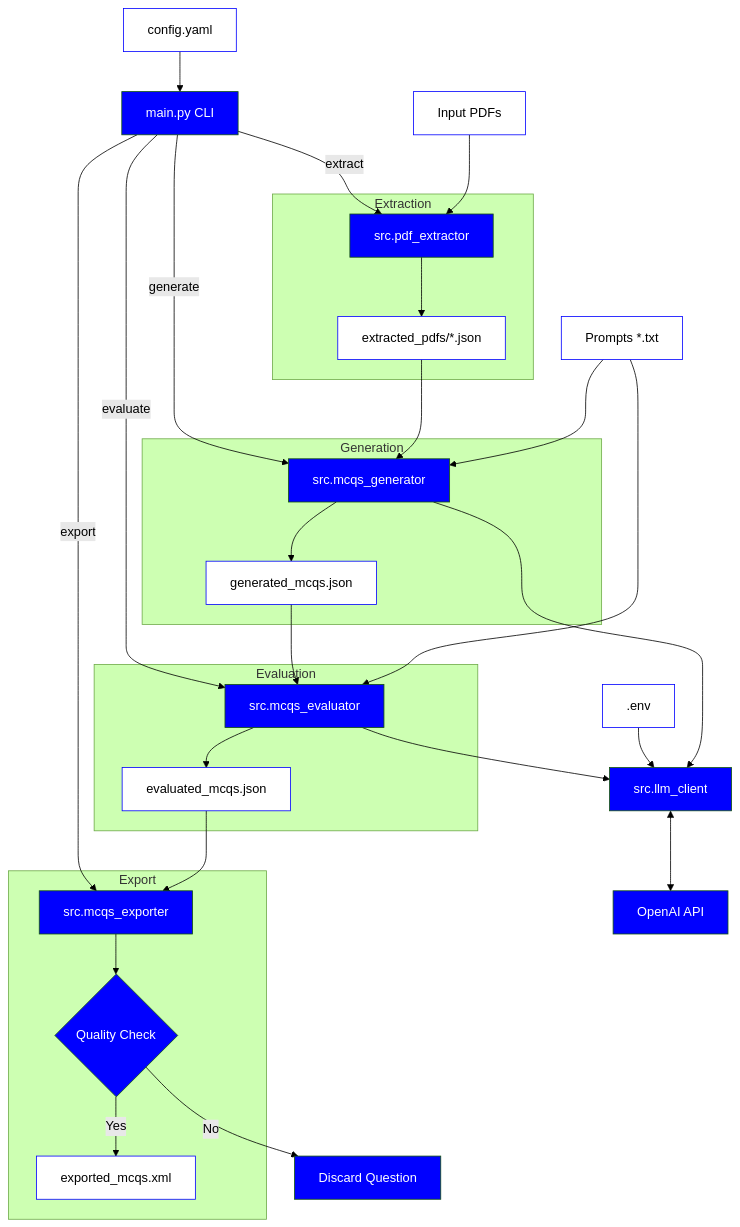
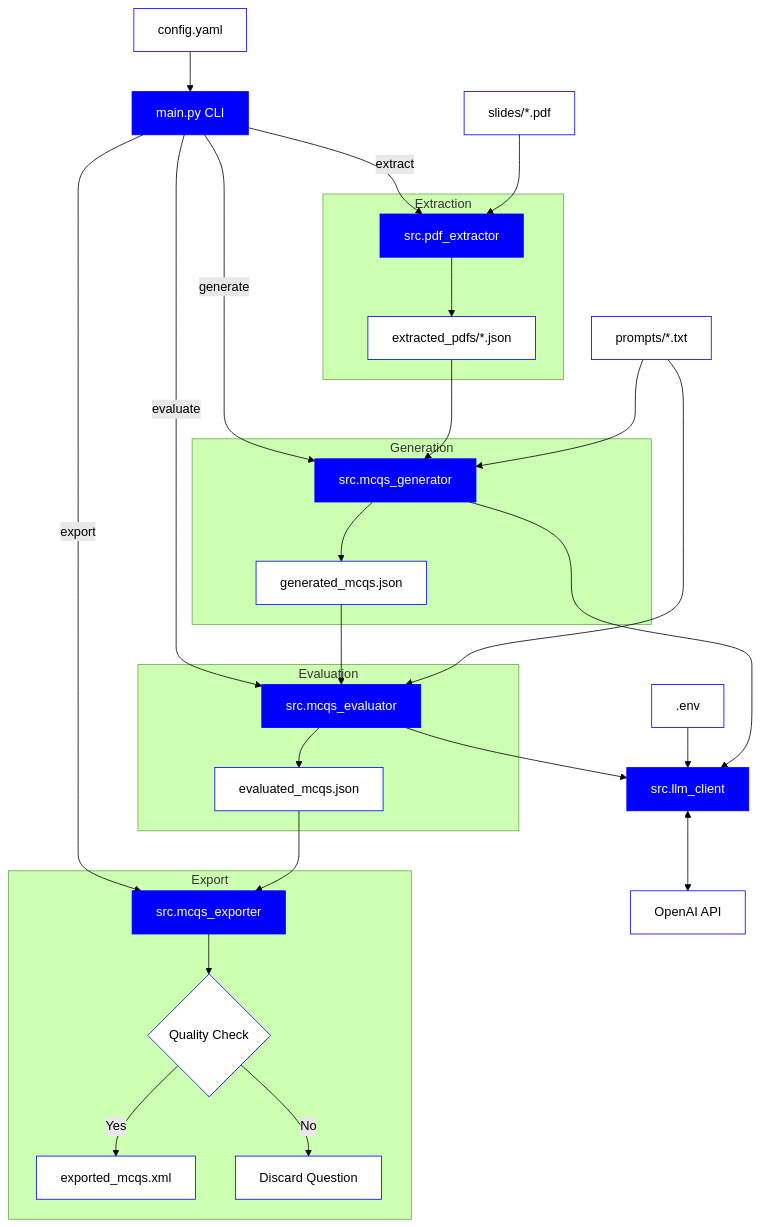
One commit to nattergabriel/mcq-pipeline changed the diagram in docs/implementation.mmd. Above: the diagram before and after it, drawn with Mermaid (forest theme). The commit also changed 1 other file, not shown here.

Commit message:
docs: update implementation diagram

```diff
--- a/docs/implementation.mmd
+++ b/docs/implementation.mmd
@@ -1,74 +1,74 @@
 graph TD
 
     %% Color definitions
-    classDef default fill:blue,color:white
-    classDef file fill:white,stroke:blue,color:black
+
+    classDef default fill:white,stroke:blue,color:black
+    classDef fill fill:blue,color:white
 
     %% Node definitions
 
-    Config[config.yaml]:::file
-    Env[.env]:::file
-    Prompts[Prompts *.txt]:::file
-    PDFs[Input PDFs]:::file
-    Main[main.py CLI]
-    LLM_Client[src.llm_client]
+    Config[config.yaml]
+    Env[.env]
+    Prompts["prompts/*.txt"]
+    PDFs["slides/*.pdf"]
+    Main[main.py CLI]:::fill
+    LLM_Client[src.llm_client]:::fill
     External_API[OpenAI API]
 
     %% Subgraphs for each module
 
     subgraph Extraction
-        Extractor[src.pdf_extractor]
-        Extracted_JSON[extracted_pdfs/*.json]:::file
+        Extractor[src.pdf_extractor]:::fill
+        Extracted_JSON[extracted_pdfs/*.json]
     end
 
     subgraph Generation
-        Generator[src.mcqs_generator]
-        Generated_JSON[generated_mcqs.json]:::file
+        Generator[src.mcqs_generator]:::fill
+        Generated_JSON[generated_mcqs.json]
     end
 
     subgraph Evaluation
-        Evaluator[src.mcqs_evaluator]
-        Evaluated_JSON[evaluated_mcqs.json]:::file
+        Evaluator[src.mcqs_evaluator]:::fill
+        Evaluated_JSON[evaluated_mcqs.json]
     end
 
     subgraph Export
-        Exporter[src.mcqs_exporter]
+        Exporter[src.mcqs_exporter]:::fill
         Filter{Quality Check}
-        Final_XML[exported_mcqs.xml]:::file
+        Final_XML[exported_mcqs.xml]
+        Discard[Discard Question]
     end
     
-    %% Implicit nodes (like 'Discard') can be styled here if needed
-    Discard[Discard Question]
 
     %% Workflow Connections
 
     Config --> Main
     Main -- "extract" --> Extractor
     Main -- "generate" --> Generator
     Main -- "evaluate" --> Evaluator
     Main -- "export" --> Exporter
 
     %% Data Flow Connections
 
     PDFs --> Extractor
     Extractor --> Extracted_JSON
     
     Extracted_JSON --> Generator
     Prompts --> Generator
     Generator --> Generated_JSON
     
     Generated_JSON --> Evaluator
     Prompts --> Evaluator
     Evaluator --> Evaluated_JSON
     
     Evaluated_JSON --> Exporter
     Exporter --> Filter
     Filter -- Yes --> Final_XML
     Filter -- No --> Discard
 
     %% API Interactions
 
     Env --> LLM_Client
     Generator --> LLM_Client
     Evaluator --> LLM_Client
     LLM_Client <--> External_API
```
